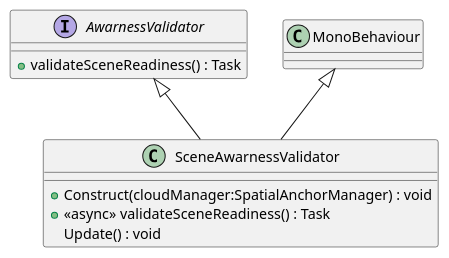
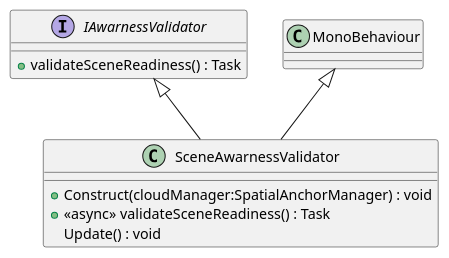
The diagram in UML/Assets/Scripts/SceneAwarnessValidator.puml (DeNatur/ProductionFloorVisualization), drawn with PlantUML before and after one commit. The commit also changed 34 other files, not shown here.

Commit message:
Generate UML (Generate UML)

```diff
--- a/UML/Assets/Scripts/SceneAwarnessValidator.puml
+++ b/UML/Assets/Scripts/SceneAwarnessValidator.puml
@@ -1,12 +1,12 @@
 @startuml
-interface AwarnessValidator {
+interface IAwarnessValidator {
     + validateSceneReadiness() : Task
 }
 class SceneAwarnessValidator {
     + Construct(cloudManager:SpatialAnchorManager) : void
     + <<async>> validateSceneReadiness() : Task
     Update() : void
 }
 MonoBehaviour <|-- SceneAwarnessValidator
-AwarnessValidator <|-- SceneAwarnessValidator
+IAwarnessValidator <|-- SceneAwarnessValidator
 @enduml
```
